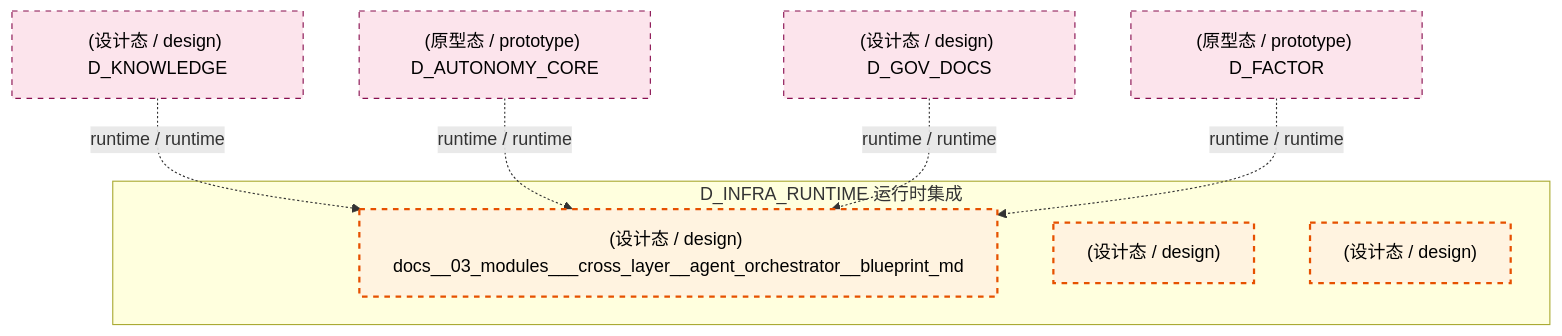
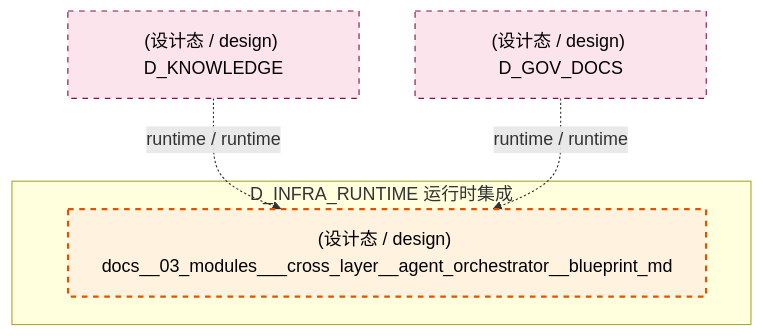
Diagram 13 of 15 in docs/02_enterprise_architecture/02_domain_architecture_docs/04_d_infra_runtime.md (xuanFelixVan/ZephyrAlpha), drawn with Mermaid before and after one commit. The commit also changed other lines of this file and 126 other files, not shown here.

````diff
--- a/docs/02_enterprise_architecture/02_domain_architecture_docs/04_d_infra_runtime.md
+++ b/docs/02_enterprise_architecture/02_domain_architecture_docs/04_d_infra_runtime.md
@@ -1726,22 +1713,16 @@
 ```mermaid
 graph TD
     subgraph D_INFRA_RUNTIME["D_INFRA_RUNTIME 运行时集成"]
         docs_03_modules_cross_layer_agent_orchestrator_blueprint_md["(设计态 / design) docs__03_modules___cross_layer__agent_orchestrator__blueprint_md"]
-        docs_03_modules_cross_layer_shared_core_contracts_blueprint_md["(设计态 / design) "]
-        docs_03_modules_cross_layer_shared_core_shared_infra_blueprint_md["(设计态 / design) "]
     end
     D_KNOWLEDGE["(设计态 / design) D_KNOWLEDGE"]
     D_KNOWLEDGE -.->|runtime / runtime| docs_03_modules_cross_layer_agent_orchestrator_blueprint_md
-    D_AUTONOMY_CORE["(原型态 / prototype) D_AUTONOMY_CORE"]
-    D_AUTONOMY_CORE -.->|runtime / runtime| docs_03_modules_cross_layer_agent_orchestrator_blueprint_md
     D_GOV_DOCS["(设计态 / design) D_GOV_DOCS"]
     D_GOV_DOCS -.->|runtime / runtime| docs_03_modules_cross_layer_agent_orchestrator_blueprint_md
-    D_FACTOR["(原型态 / prototype) D_FACTOR"]
-    D_FACTOR -.->|runtime / runtime| docs_03_modules_cross_layer_agent_orchestrator_blueprint_md
     classDef production fill:#e1f5fe,stroke:#01579b,stroke-width:2px,color:#000
     classDef design fill:#fff3e0,stroke:#e65100,stroke-width:2px,color:#000,stroke-dasharray: 5 5
     classDef external_prod fill:#e8f5e9,stroke:#1b5e20,stroke-width:1px,color:#000
     classDef external_design fill:#fce4ec,stroke:#880e4f,stroke-width:1px,color:#000,stroke-dasharray: 5 5
-    class docs_03_modules_cross_layer_agent_orchestrator_blueprint_md,docs_03_modules_cross_layer_shared_core_contracts_blueprint_md,docs_03_modules_cross_layer_shared_core_shared_infra_blueprint_md design
-    class D_KNOWLEDGE,D_AUTONOMY_CORE,D_GOV_DOCS,D_FACTOR external_design
+    class docs_03_modules_cross_layer_agent_orchestrator_blueprint_md design
+    class D_KNOWLEDGE,D_GOV_DOCS external_design
 ```
````
